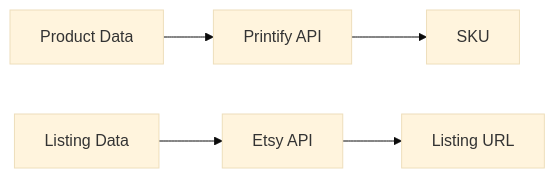
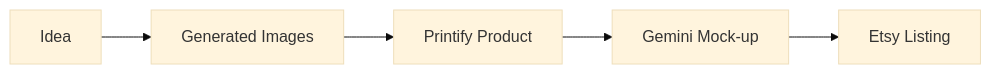
One commit to g4mm4p4nd4/PODPusher changed the first of 4 diagrams in docs/internal_docs.md. Above: the diagram before and after it, drawn with Mermaid (base theme). The commit also changed other lines of this file and 11 other files, not shown here.

````diff
--- a/docs/internal_docs.md
+++ b/docs/internal_docs.md
@@ -41,7 +41,7 @@
 ```mermaid
 flowchart LR
-    A[Product Data] --> B[Printify API]
-    B --> C[SKU]
-    D[Listing Data] --> E[Etsy API]
-    E --> F[Listing URL]
+    I[Idea] --> IM[Generated Images]
+    IM --> P[Printify Product]
+    P --> M[Gemini Mock-up]
+    M --> L[Etsy Listing]
 ```
````
